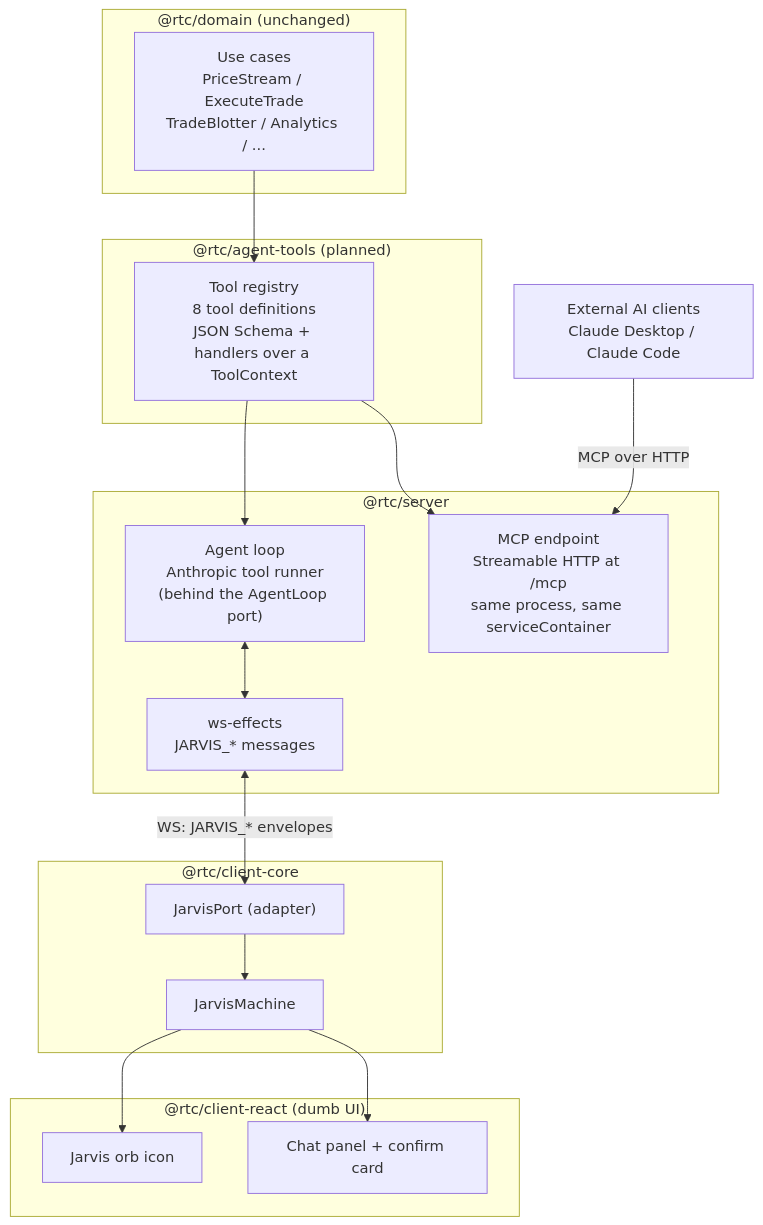
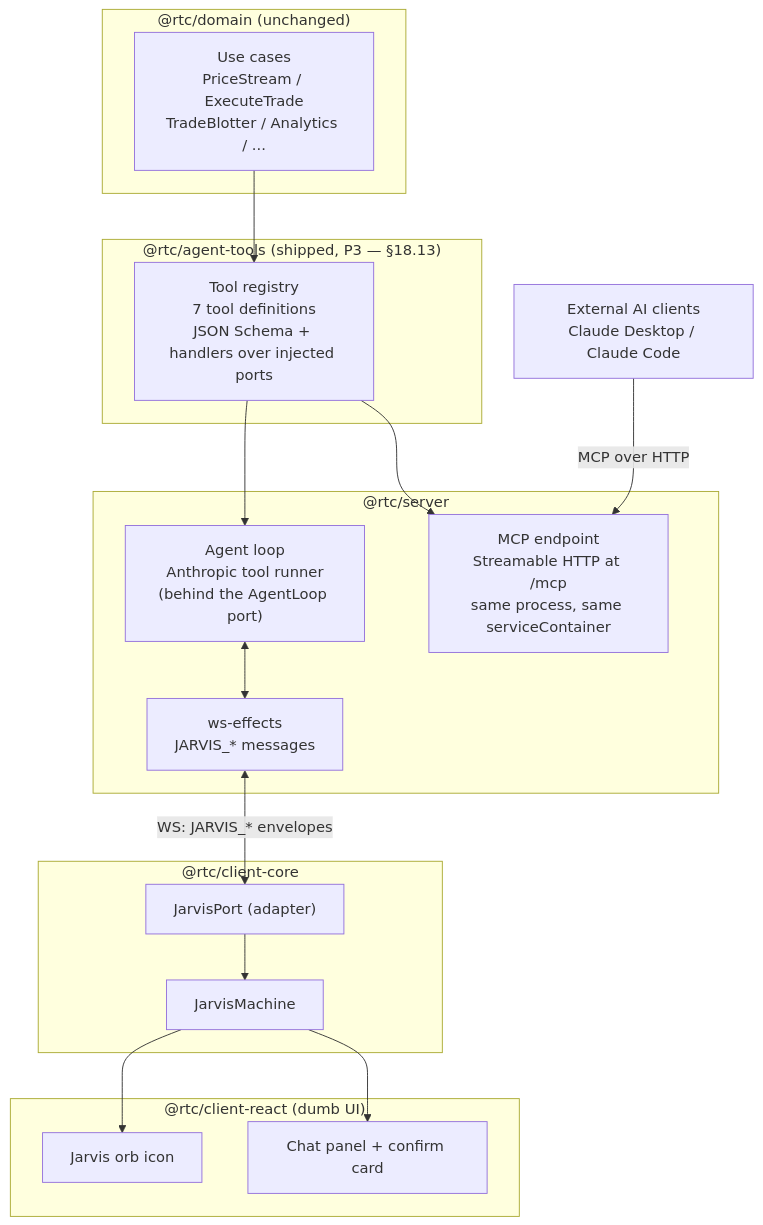
One commit to bettersoftware-io/ReactiveTraderCloudClone changed the first of 9 diagrams in docs/architecture/18-jarvis-ai-agent-surface.md. Above: the diagram before and after it, drawn with Mermaid. The commit also changed other lines of this file and 8 other files, not shown here.

````diff
--- a/docs/architecture/18-jarvis-ai-agent-surface.md
+++ b/docs/architecture/18-jarvis-ai-agent-surface.md
@@ -57,38 +62,38 @@
 ```mermaid
 flowchart TD
     subgraph domain["@rtc/domain (unchanged)"]
         UC["Use cases<br/>PriceStream / ExecuteTrade<br/>TradeBlotter / Analytics / ..."]
     end
 
-    subgraph tools["@rtc/agent-tools (planned)"]
-        REG["Tool registry<br/>8 tool definitions<br/>JSON Schema + handlers over a ToolContext"]
+    subgraph tools["@rtc/agent-tools (shipped, P3 — §18.13)"]
+        REG["Tool registry<br/>7 tool definitions<br/>JSON Schema + handlers over injected ports"]
     end
 
     subgraph server["@rtc/server"]
         LOOP["Agent loop<br/>Anthropic tool runner<br/>(behind the AgentLoop port)"]
         MCPX["MCP endpoint<br/>Streamable HTTP at /mcp<br/>same process, same serviceContainer"]
         EFF["ws-effects<br/>JARVIS_* messages"]
     end
 
     subgraph core["@rtc/client-core"]
         JPORT["JarvisPort (adapter)"]
         JM["JarvisMachine"]
     end
 
     subgraph ui["@rtc/client-react (dumb UI)"]
         ICON["Jarvis orb icon"]
         PANEL["Chat panel + confirm card"]
     end
 
     EXT["External AI clients<br/>Claude Desktop / Claude Code"]
 
     UC --> REG
     REG --> LOOP
     REG --> MCPX
     EXT -- "MCP over HTTP" --> MCPX
     LOOP <--> EFF
     EFF <-- "WS: JARVIS_* envelopes" --> JPORT
     JPORT --> JM
     JM --> ICON
     JM --> PANEL
 ```
````
